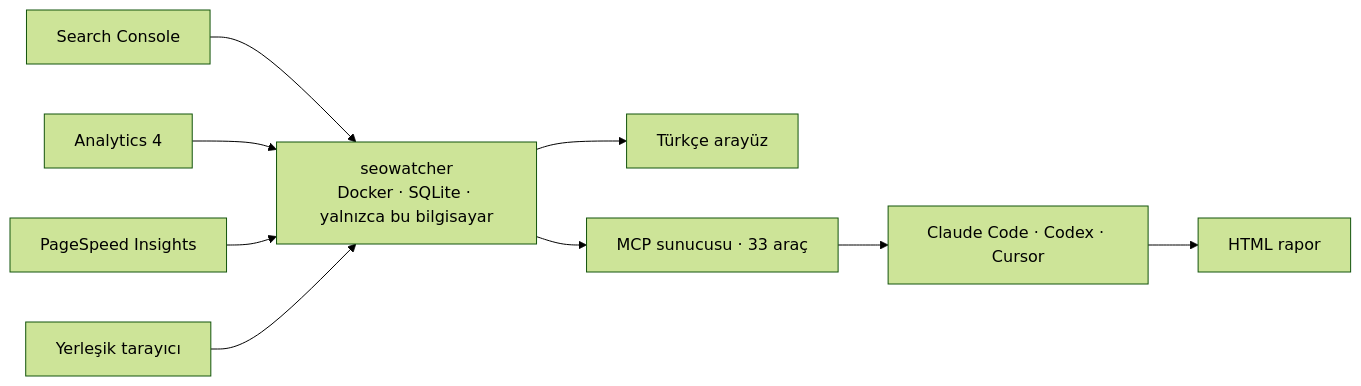
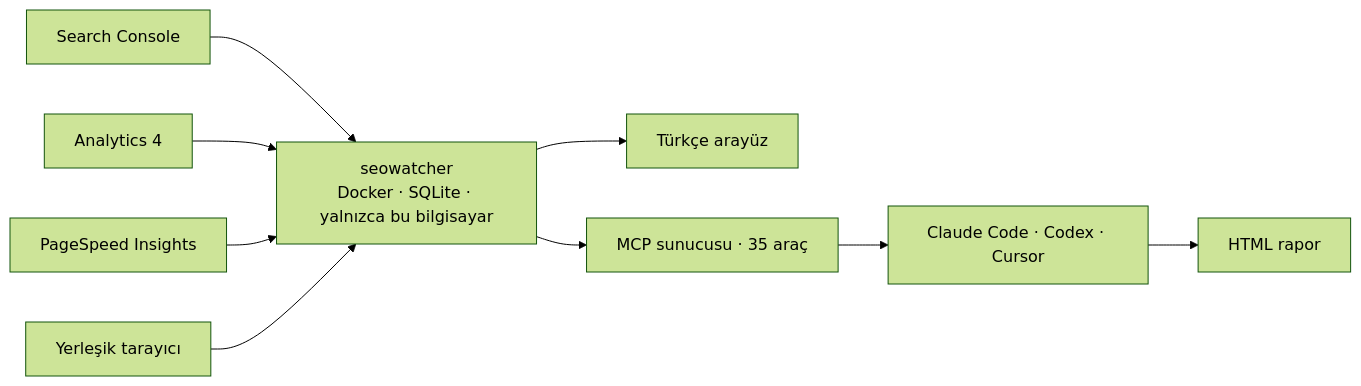
The diagram in README.md (ucsahinn/seotracker), drawn with Mermaid (forest theme) before and after one commit. The commit also changed other lines of this file and 449 other files, not shown here.

````diff
--- a/README.md
+++ b/README.md
@@ -158,12 +158,12 @@
 ```mermaid
 flowchart LR
     GSC["Search Console"] --> APP
     GA4["Analytics 4"] --> APP
     PSI["PageSpeed Insights"] --> APP
     CRAWL["Yerleşik tarayıcı"] --> APP
     APP["seowatcher<br/>Docker · SQLite · yalnızca bu bilgisayar"]
     APP --> UI["Türkçe arayüz"]
-    APP --> MCP["MCP sunucusu · 33 araç"]
+    APP --> MCP["MCP sunucusu · 35 araç"]
     MCP --> AGENT["Claude Code · Codex · Cursor"]
     AGENT --> REPORT["HTML rapor"]
 ```
````
